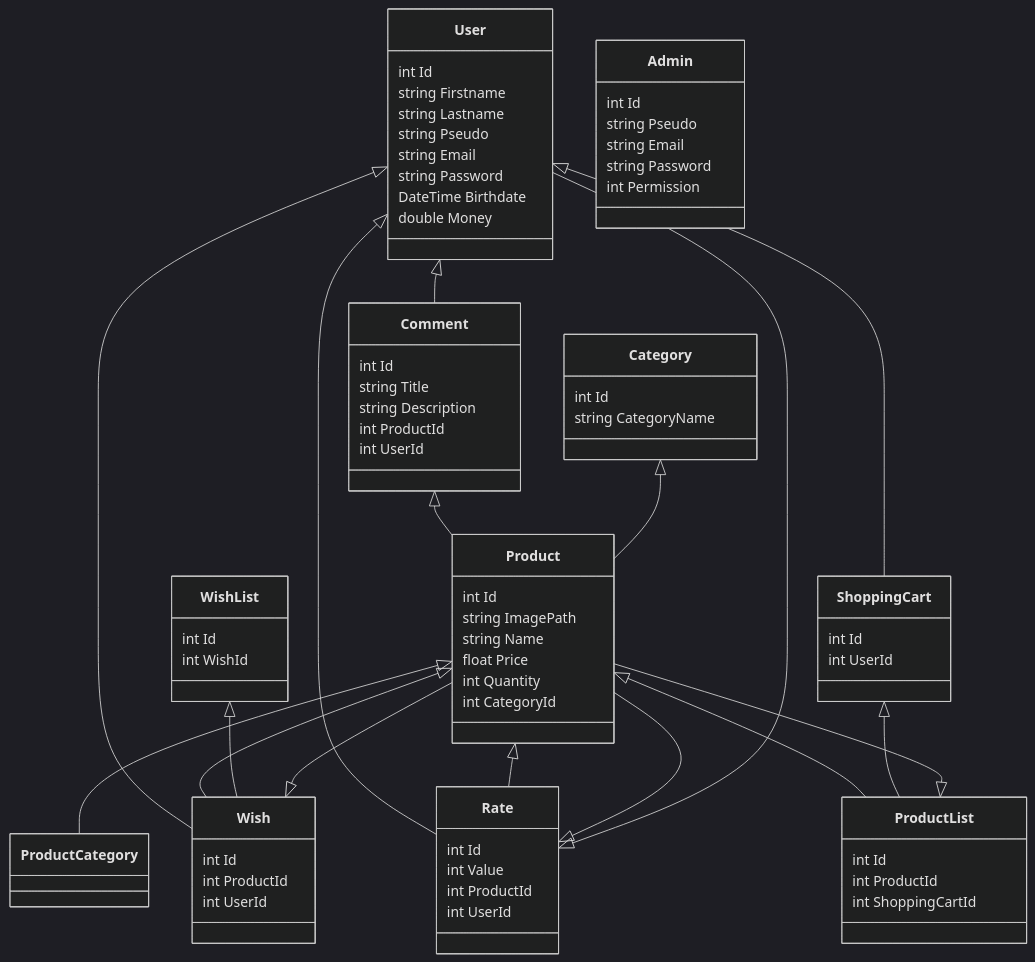
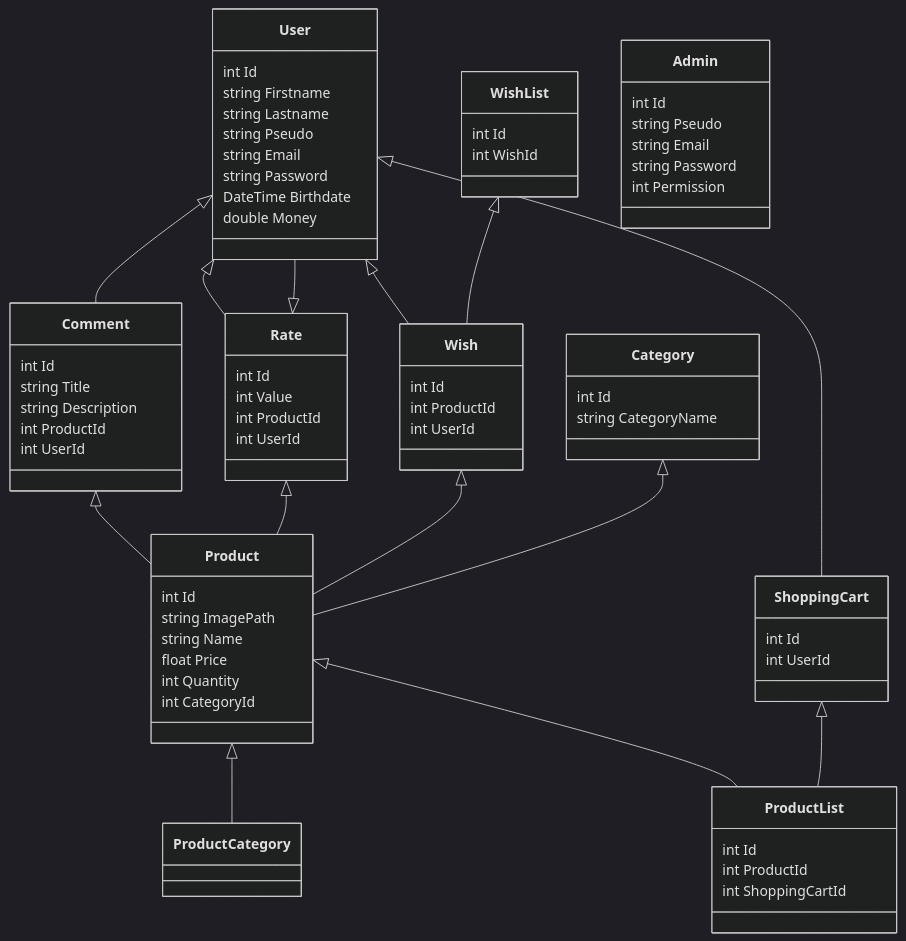
The diagram in readme.md (voluxyy/e-commerce), drawn with Mermaid (dark theme) before and after one commit.

Commit message:
:memo: New Diagram

```diff
--- a/readme.md
+++ b/readme.md
@@ -27,8 +27,6 @@
     User <|-- ShoppingCart
 
     Product <|-- ProductCategory
-    Product <|-- Wish
-    Product <|-- Rate
     Product <|-- ProductList
 
     ShoppingCart <|-- ProductList
@@ -43,8 +41,6 @@
     WishList <|-- Wish
 
     Category <|-- Product
-
-    ProductList <|-- Product
 
     class Wish{
         int Id
```
